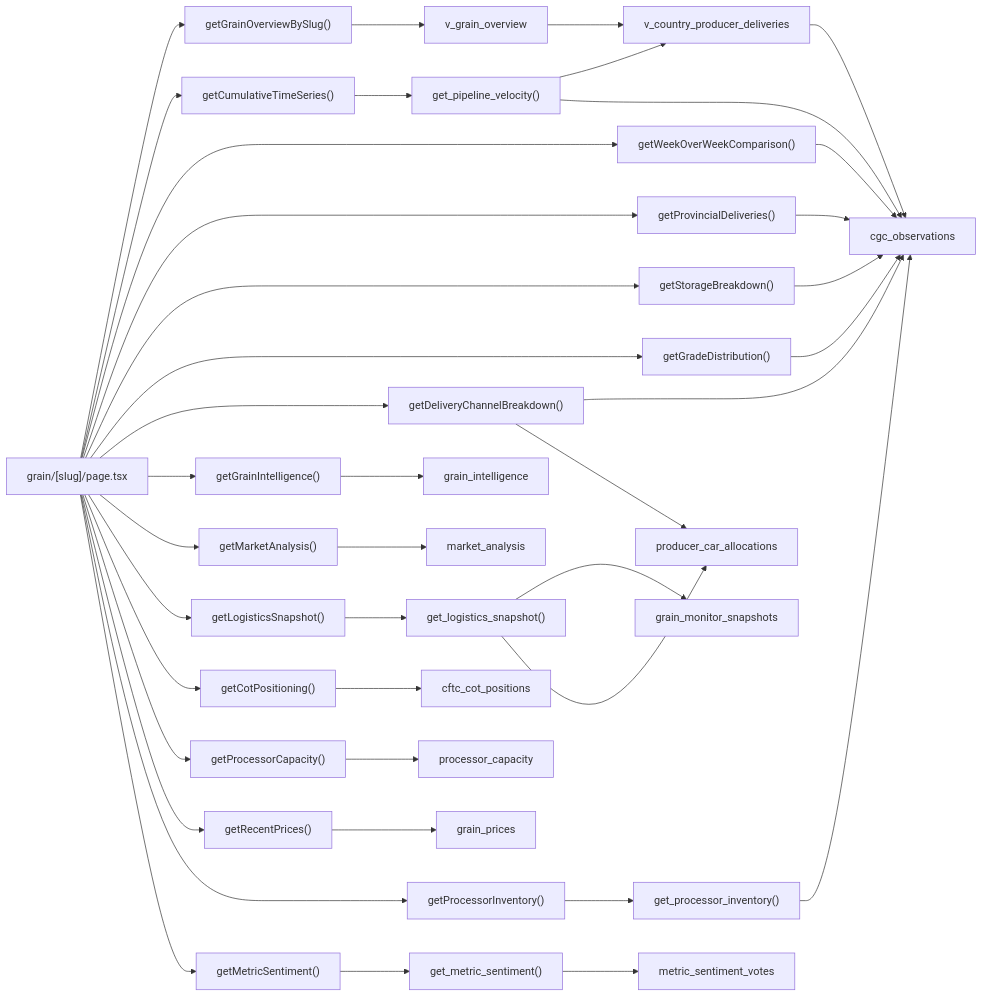
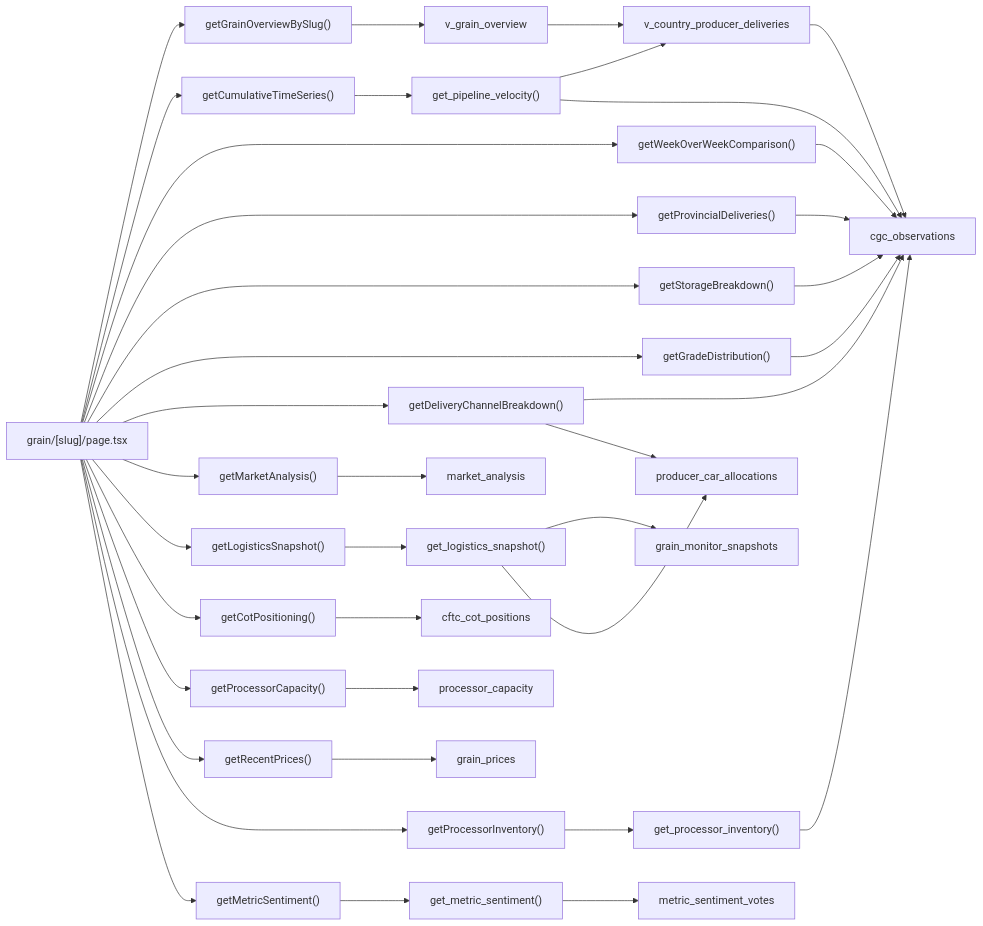
The fourth of 6 diagrams in docs/reference/data-lineage-map.md (Bushels/Bushel-Board), drawn with Mermaid before and after one commit. The commit also changed other lines of this file and 75 other files, not shown here.

````diff
--- a/docs/reference/data-lineage-map.md
+++ b/docs/reference/data-lineage-map.md
@@ -69,48 +227,46 @@
 ```mermaid
 flowchart LR
   P["grain/[slug]/page.tsx"] --> Q1["getGrainOverviewBySlug()"]
   P --> Q2["getCumulativeTimeSeries()"]
   P --> Q3["getWeekOverWeekComparison()"]
   P --> Q4["getProvincialDeliveries()"]
   P --> Q5["getStorageBreakdown()"]
   P --> Q6["getGradeDistribution()"]
   P --> Q7["getDeliveryChannelBreakdown()"]
-  P --> Q8["getGrainIntelligence()"]
-  P --> Q9["getMarketAnalysis()"]
+  P --> Q8["getMarketAnalysis()"]
   P --> Q10["getLogisticsSnapshot()"]
   P --> Q11["getCotPositioning()"]
   P --> Q12["getProcessorCapacity()"]
   P --> Q13["getRecentPrices()"]
   P --> Q14["getProcessorInventory()"]
   P --> Q15["getMetricSentiment()"]
 
   Q1 --> V1["v_grain_overview"]
   V1 --> V2["v_country_producer_deliveries"]
   V2 --> T1["cgc_observations"]
 
   Q2 --> R1["get_pipeline_velocity()"]
   R1 --> V2
   R1 --> T1
 
   Q3 --> T1
   Q4 --> T1
   Q5 --> T1
   Q6 --> T1
   Q7 --> T1
   Q7 --> T2["producer_car_allocations"]
 
-  Q8 --> T3["grain_intelligence"]
-  Q9 --> T4["market_analysis"]
+  Q8 --> T4["market_analysis"]
 
   Q10 --> R2["get_logistics_snapshot()"]
   R2 --> T5["grain_monitor_snapshots"]
   R2 --> T2
 
   Q11 --> T6["cftc_cot_positions"]
   Q12 --> T7["processor_capacity"]
   Q13 --> T8["grain_prices"]
   Q14 --> R3["get_processor_inventory()"]
   R3 --> T1
   Q15 --> R4["get_metric_sentiment()"]
   R4 --> T9["metric_sentiment_votes"]
 ```
````
